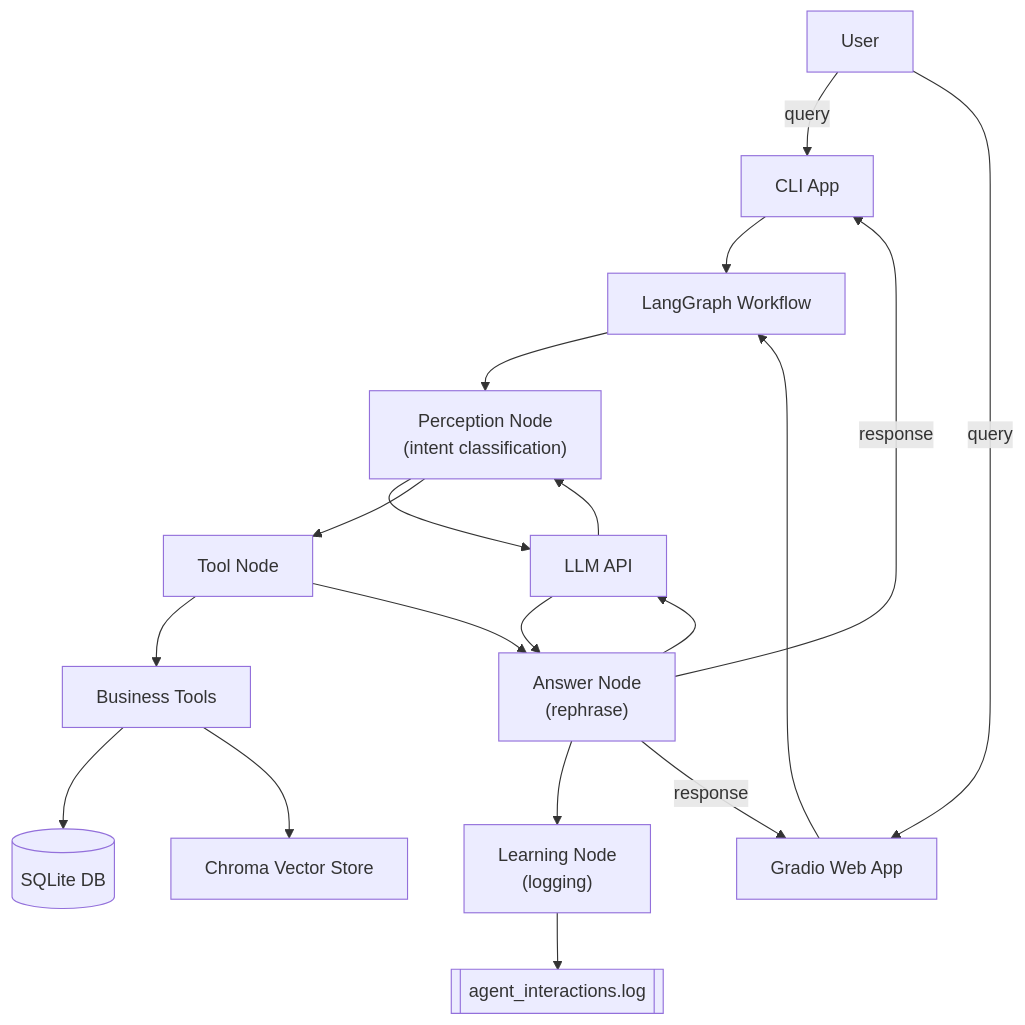
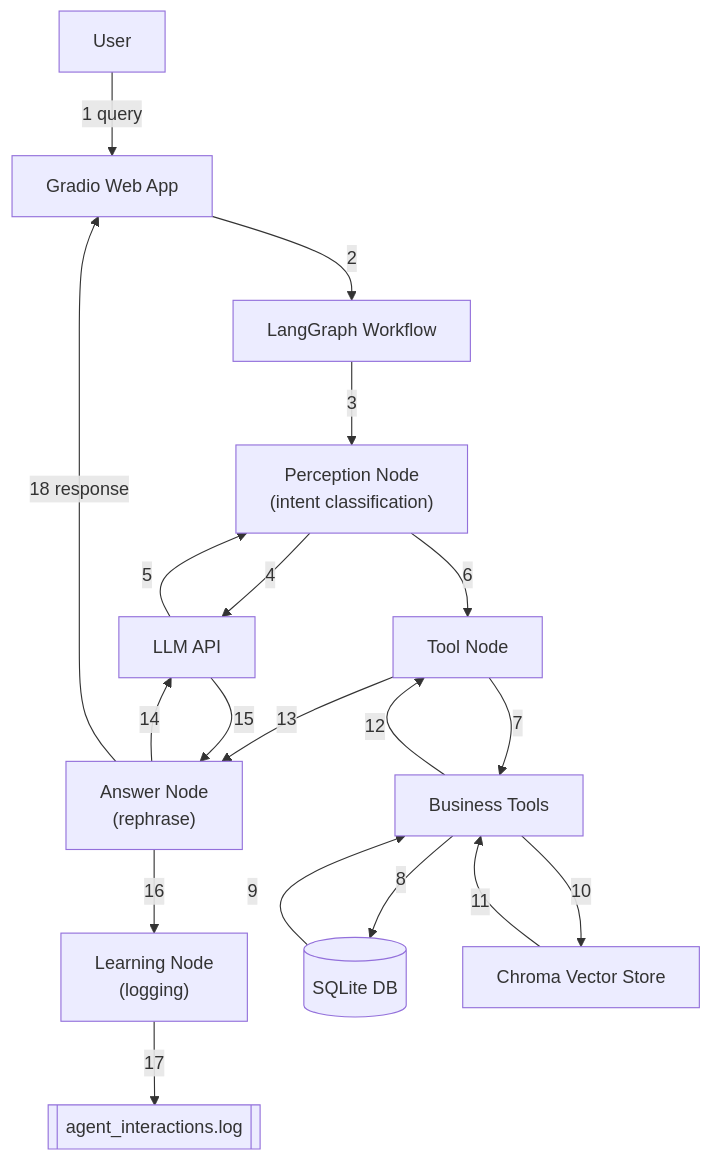
The second of 2 diagrams in README.md (satyampurwar/ecommerce-ai-agent), drawn with Mermaid before and after one commit.

Commit message:
Remove CLI from low-level diagram

````diff
--- a/README.md
+++ b/README.md
@@ -191,35 +191,34 @@
 ```mermaid
 flowchart TD
     U[User]
-    CLI[CLI App]
     Web[Gradio Web App]
     Workflow[LangGraph Workflow]
     Perception["Perception Node<br/>(intent classification)"]
     ToolNode[Tool Node]
     Answer["Answer Node<br/>(rephrase)"]
     Learning["Learning Node<br/>(logging)"]
     Tools[Business Tools]
     DB[(SQLite DB)]
     Vector[Chroma Vector Store]
     LLM[LLM API]
     Logs[[agent_interactions.log]]
 
-    U -->|query| CLI
-    U -->|query| Web
-    CLI --> Workflow
-    Web --> Workflow
-    Workflow --> Perception
-    Perception --> LLM
-    LLM --> Perception
-    Perception --> ToolNode
-    ToolNode --> Tools
-    Tools --> DB
-    Tools --> Vector
-    ToolNode --> Answer
-    Answer --> LLM
-    LLM --> Answer
-    Answer --> Learning
-    Learning --> Logs
-    Answer -->|response| CLI
-    Answer -->|response| Web
+    U -->|1 query| Web
+    Web -->|2| Workflow
+    Workflow -->|3| Perception
+    Perception -->|4| LLM
+    LLM -->|5| Perception
+    Perception -->|6| ToolNode
+    ToolNode -->|7| Tools
+    Tools -->|8| DB
+    DB -->|9| Tools
+    Tools -->|10| Vector
+    Vector -->|11| Tools
+    Tools -->|12| ToolNode
+    ToolNode -->|13| Answer
+    Answer -->|14| LLM
+    LLM -->|15| Answer
+    Answer -->|16| Learning
+    Learning -->|17| Logs
+    Answer -->|18 response| Web
 ```
````
